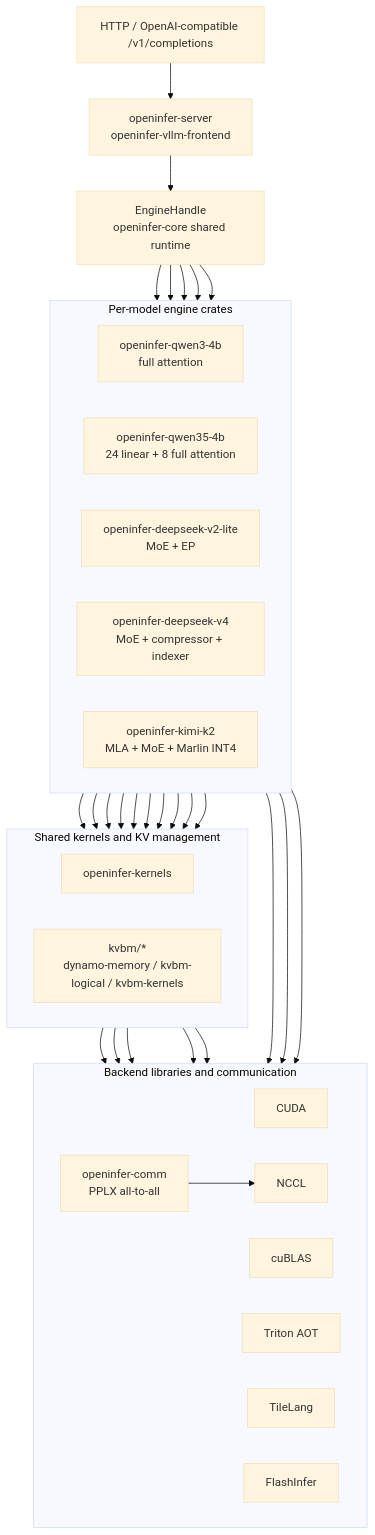
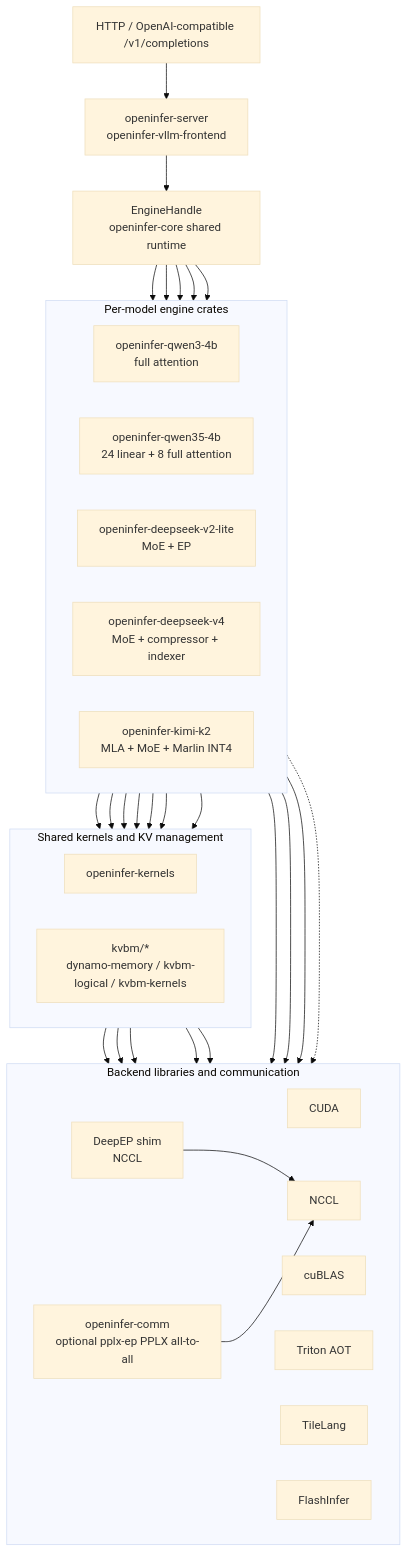
One commit to openinfer-project/openinfer changed the diagram in README.md. Above: the diagram before and after it, drawn with Mermaid (base theme).

Commit message:
fix: address self-review findings

````diff
--- a/README.md
+++ b/README.md
@@ -178,63 +178,63 @@
 ```mermaid
 flowchart TB
     api["HTTP / OpenAI-compatible /v1/completions"]
     frontend["openinfer-server<br/>openinfer-vllm-frontend"]
     runtime["EngineHandle<br/>openinfer-core shared runtime"]
 
     api --> frontend
     frontend --> runtime
 
     subgraph engines["Per-model engine crates"]
         direction LR
         qwen3["openinfer-qwen3-4b<br/>full attention"]
         qwen35["openinfer-qwen35-4b<br/>24 linear + 8 full attention"]
         dsv2["openinfer-deepseek-v2-lite<br/>MoE + EP"]
         dsv4["openinfer-deepseek-v4<br/>MoE + compressor + indexer"]
         kimi["openinfer-kimi-k2<br/>MLA + MoE + Marlin INT4"]
     end
 
     runtime --> qwen3
     runtime --> qwen35
     runtime --> dsv2
     runtime --> dsv4
     runtime --> kimi
 
     subgraph shared["Shared kernels and KV management"]
         direction LR
         kernels["openinfer-kernels"]
         kvbm["kvbm/*<br/>dynamo-memory / kvbm-logical / kvbm-kernels"]
     end
 
     qwen3 --> kernels
     qwen35 --> kernels
     dsv2 --> kernels
     dsv4 --> kernels
     kimi --> kernels
 
     qwen3 --> kvbm
-    qwen35 --> kvbm
-    dsv2 --> kvbm
-    dsv4 --> kvbm
     kimi --> kvbm
 
     subgraph backends["Backend libraries and communication"]
         direction LR
         cuda["CUDA"]
         cublas["cuBLAS"]
         triton["Triton AOT"]
         tilelang["TileLang"]
         flashinfer["FlashInfer"]
         nccl["NCCL"]
-        comm["openinfer-comm<br/>PPLX all-to-all"]
+        deepep["DeepEP shim<br/>NCCL"]
+        comm["openinfer-comm<br/>optional pplx-ep PPLX all-to-all"]
     end
 
     kernels --> cuda
     kernels --> cublas
     kernels --> triton
     kernels --> tilelang
     kernels --> flashinfer
-    dsv2 --> comm
-    dsv4 --> comm
-    kimi --> comm
+    dsv2 --> nccl
+    dsv4 --> nccl
+    kimi --> deepep
+    deepep --> nccl
+    dsv4 -.-> comm
     comm --> nccl
 ```
````
